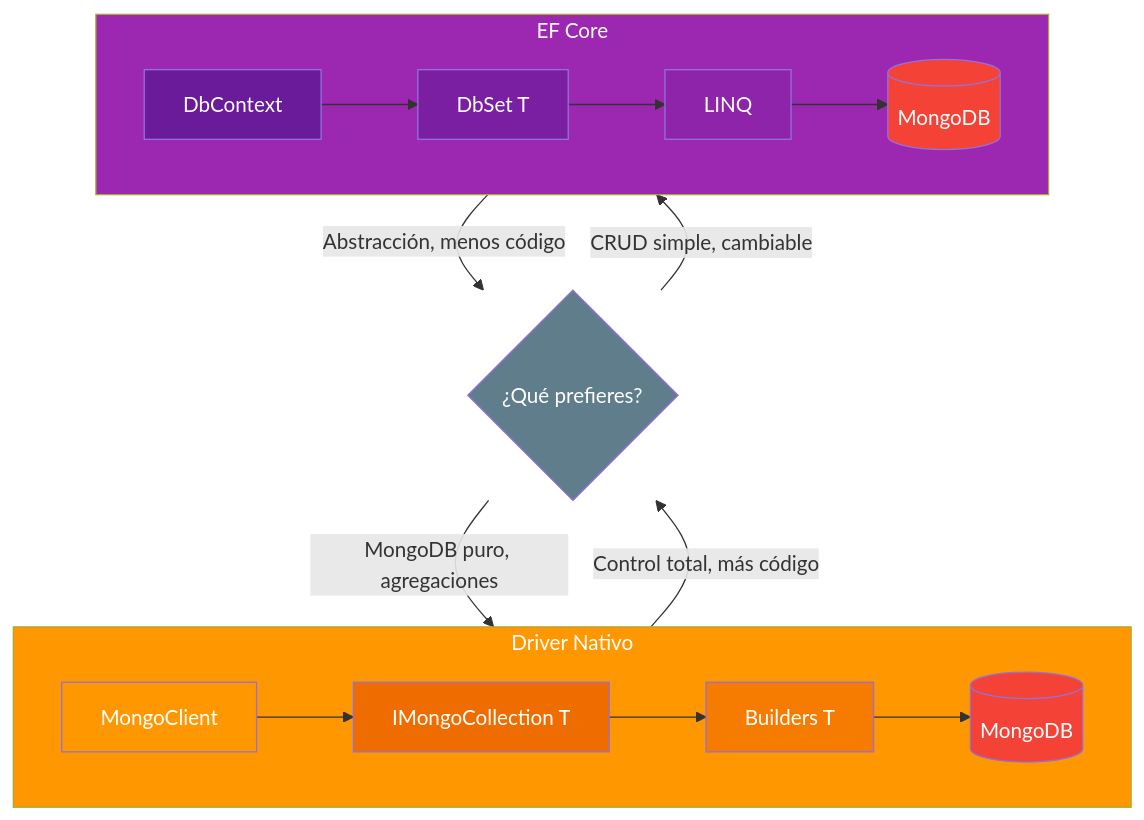
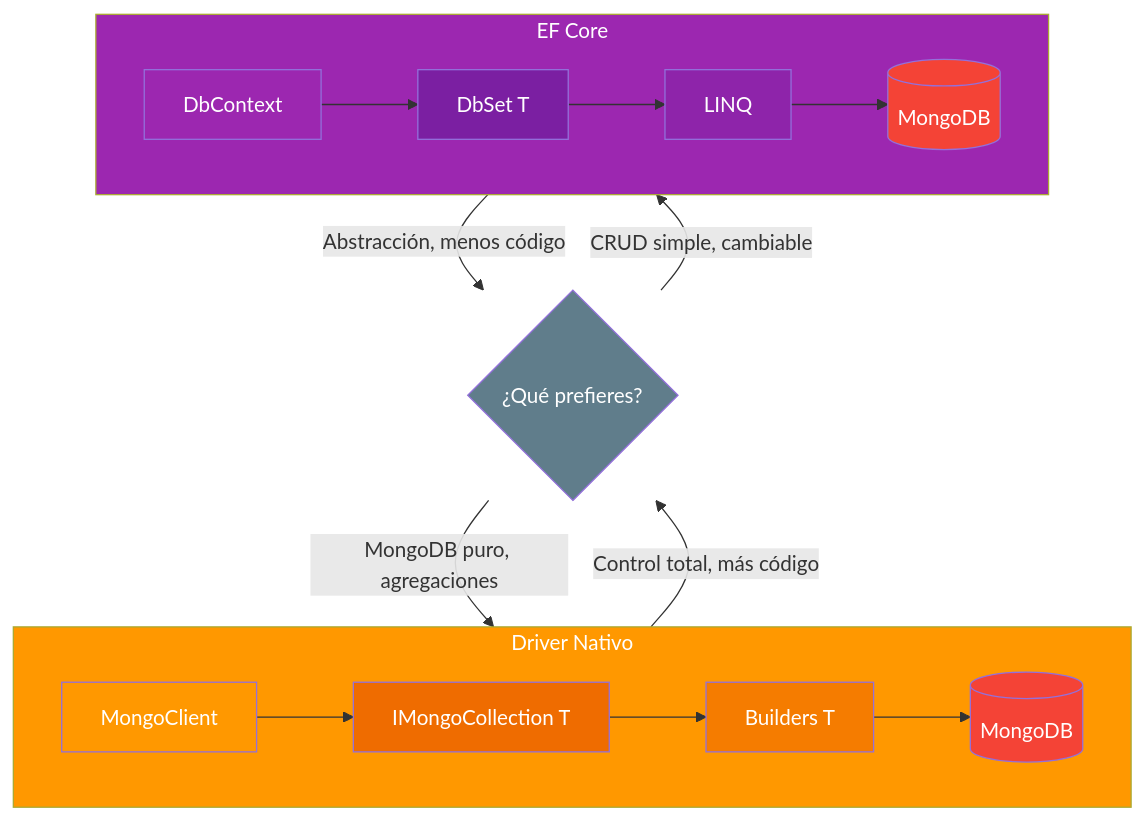
The fifth of 7 diagrams in 13-mongodb.md (joseluisgs/DesarrolloWebEntornosServidor-02-2026-2027), drawn with Mermaid before and after one commit. The commit also changed other lines of this file and 17 other files, not shown here.

````diff
--- a/13-mongodb.md
+++ b/13-mongodb.md
@@ -835,32 +825,32 @@
 ```mermaid
 graph TD
     subgraph DRIVER["Driver Nativo"]
         D1[MongoClient] --> D2[IMongoCollection T]
         D2 --> D3[Builders T]
         D3 --> D4[(MongoDB)]
     end
 
     subgraph EF["EF Core"]
         E1[DbContext] --> E2[DbSet T]
         E2 --> E3[LINQ]
         E3 --> E4[(MongoDB)]
     end
 
     DRIVER -->|"Control total, más código"| DEC{¿Qué prefieres?}
     EF -->|"Abstracción, menos código"| DEC
 
     DEC -->|"MongoDB puro, agregaciones"| DRIVER
     DEC -->|"CRUD simple, cambiable"| EF
 
     style DRIVER fill:#FF9800,color:#fff
     style EF fill:#9C27B0,color:#fff
     style D1 fill:#FF9800,color:#fff
     style D2 fill:#EF6C00,color:#fff
     style D3 fill:#F57C00,color:#fff
     style D4 fill:#f44336,color:#fff
-    style E1 fill:#6A1B9A,color:#fff
+    style E1 fill:#9C27B0,color:#fff
     style E2 fill:#7B1FA2,color:#fff
     style E3 fill:#8E24AA,color:#fff
     style E4 fill:#f44336,color:#fff
     style DEC fill:#607D8B,color:#fff
 ```
````
